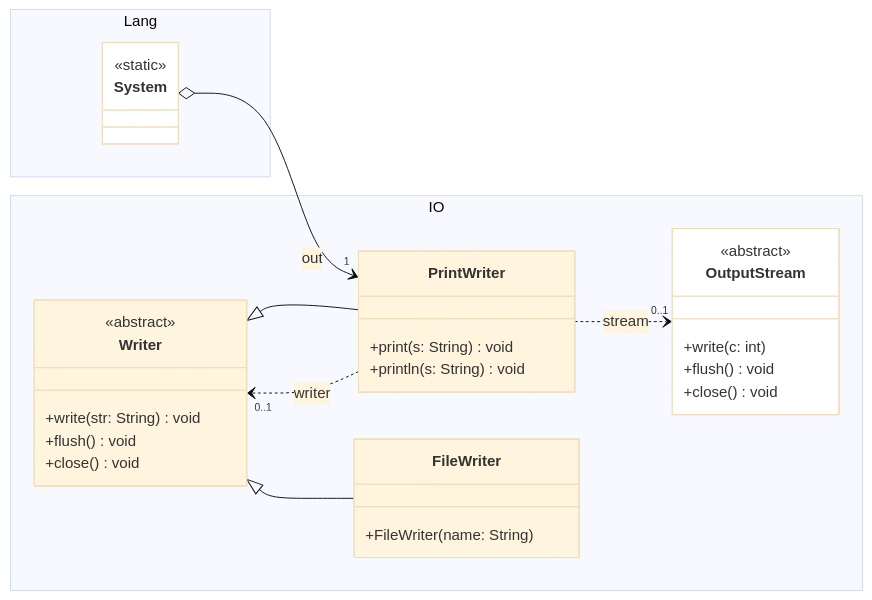
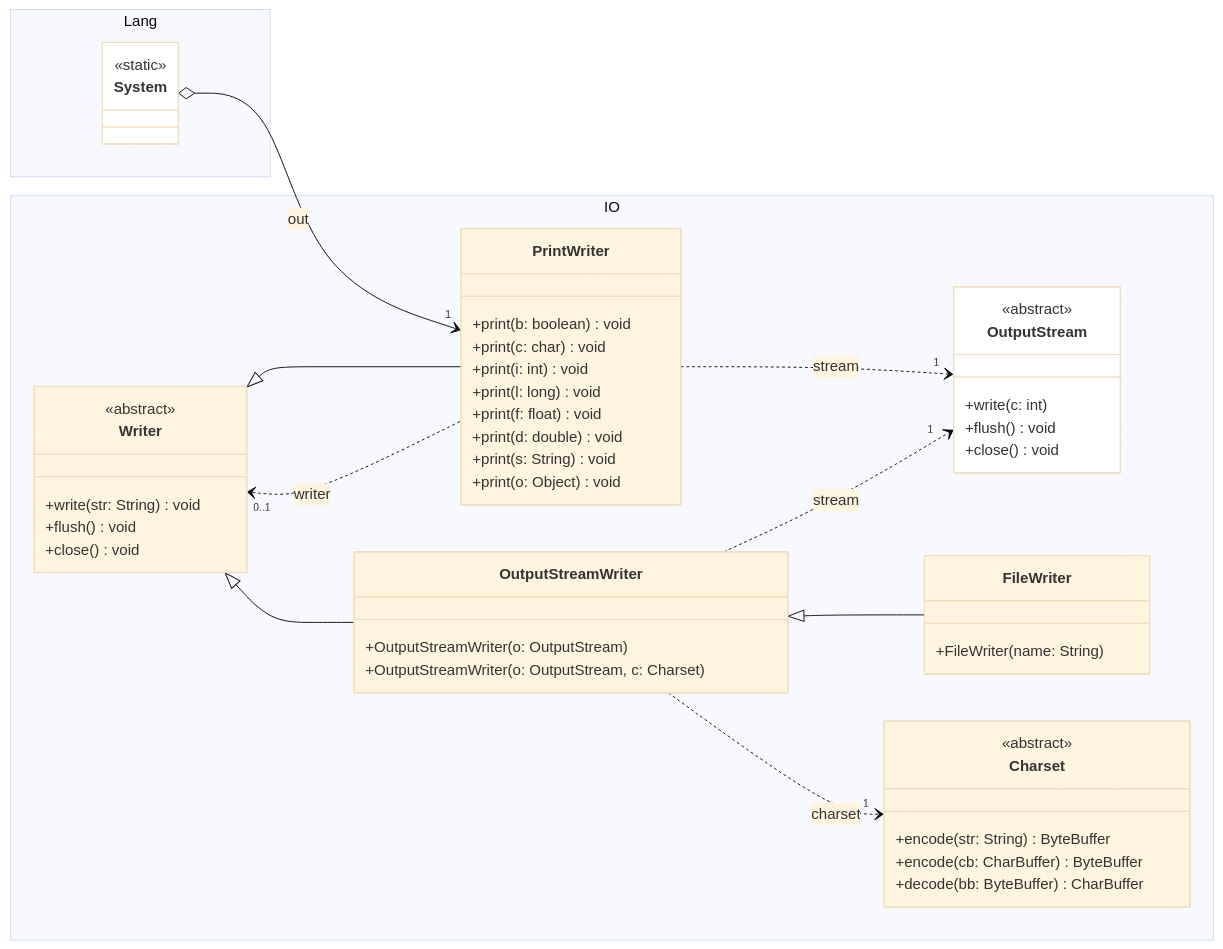
Before and after one commit to ghackenberg/kurs-java-programmierung: the diagram in Grafiken/IO/Writer.mmd, drawn with Mermaid (base theme). The commit also changed 6 other files, not shown here.

Commit message:
work on class diagrams for readers and writers

```diff
--- a/Grafiken/IO/Writer.mmd
+++ b/Grafiken/IO/Writer.mmd
@@ -1,50 +1,73 @@
 classDiagram
 
     direction LR
 
     namespace Lang {
 
         class System {
             <<static>>
         }
 
     }
 
     namespace IO {
 
         class OutputStream {
             <<abstract>>
             +write(c: int)
             +flush() void
             +close() void
         }
 
         class Writer {
             <<abstract>>
             +write(str: String) void
             +flush() void
             +close() void
         }
 
+        class OutputStreamWriter {
+            +OutputStreamWriter(o: OutputStream)
+            +OutputStreamWriter(o: OutputStream, c: Charset)
+        }
+
         class PrintWriter {
+            +print(b: boolean) void
+            +print(c: char) void
+            +print(i: int) void
+            +print(l: long) void
+            +print(f: float) void
+            +print(d: double) void
             +print(s: String) void
-            +println(s: String) void
+            +print(o: Object) void
         }
 
         class FileWriter {
             +FileWriter(name: String)
+        }
+
+        class Charset {
+            <<abstract>>
+            +encode(str: String) ByteBuffer
+            +encode(cb: CharBuffer) ByteBuffer
+            +decode(bb: ByteBuffer) CharBuffer
         }
         
     }
 
     System o-->"1" PrintWriter: out
 
     Writer <|-- PrintWriter
     Writer "0..1"<.. PrintWriter: writer
 
-    PrintWriter ..>"0..1" OutputStream: stream
+    PrintWriter ..>"1" OutputStream: stream
 
-    Writer <|-- FileWriter
+    Writer <|-- OutputStreamWriter
+
+    OutputStreamWriter ..>"1" OutputStream: stream
+    OutputStreamWriter <|-- FileWriter
+
+    OutputStreamWriter ..>"1" Charset: charset
 
     style System fill:white
     style OutputStream fill:white
```
